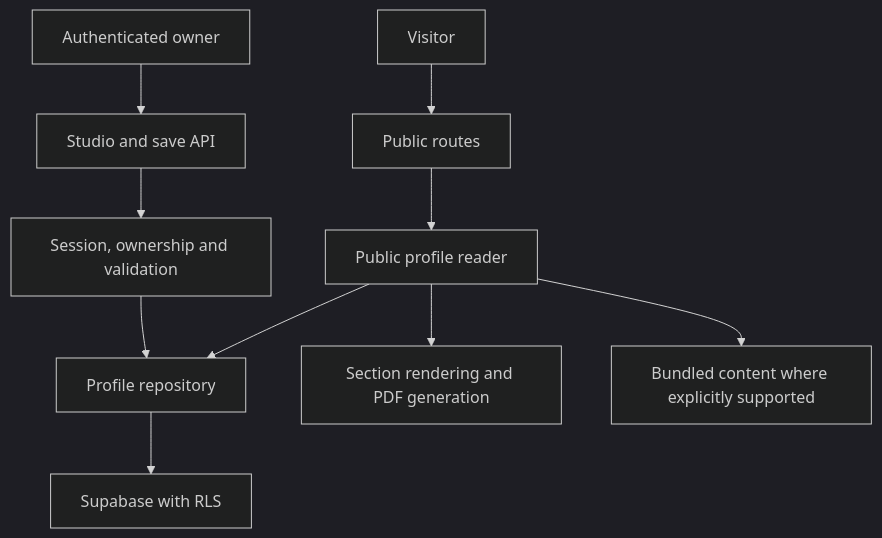
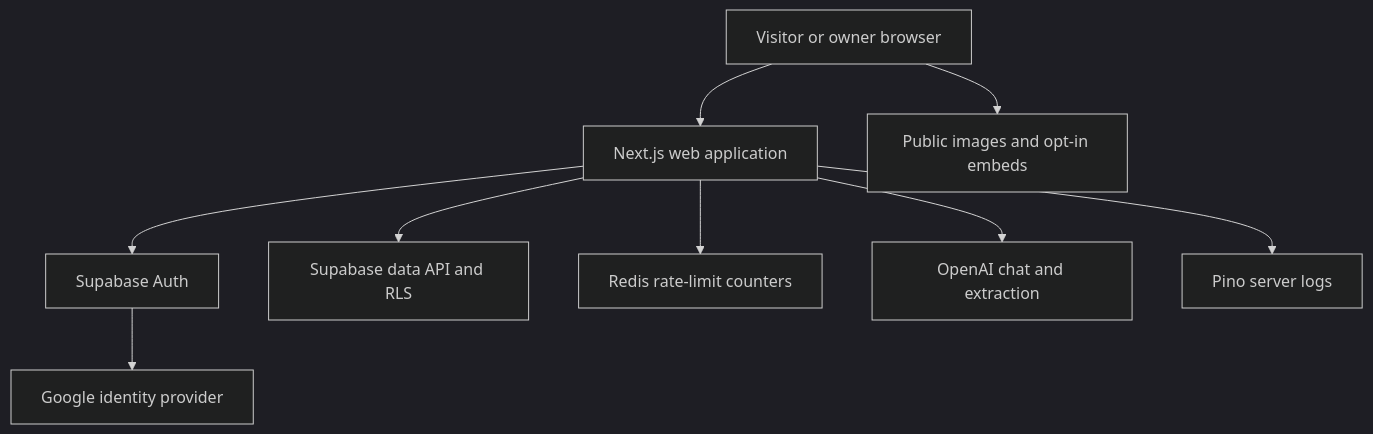
Before and after one commit to yusufyilmz/devhub-showcase: the first of 6 diagrams in docs/architecture.md, drawn with Mermaid (dark theme). The commit also changed other lines of this file and 22 other files, not shown here.

Commit message:
docs: consolidate feature guides and diagram system flows

````diff
--- a/docs/architecture.md
+++ b/docs/architecture.md
@@ -25,12 +27,11 @@
 ```mermaid
 flowchart TD
-  Visitor["Visitor"] --> Public["Public routes"]
-  Owner["Authenticated owner"] --> Studio["Studio and save API"]
-  Public --> Read["Public profile reader"]
-  Studio --> Guard["Session, ownership and validation"]
-  Guard --> Repo["Profile repository"]
-  Read --> Repo
-  Repo --> DB["Supabase with RLS"]
-  Read --> Views["Section rendering and PDF generation"]
-  Read --> Fallback["Bundled content where explicitly supported"]
+  Browser["Visitor or owner browser"] --> Web["Next.js web application"]
+  Browser --> Media["Public images and opt-in embeds"]
+  Web --> Auth["Supabase Auth"]
+  Auth --> Google["Google identity provider"]
+  Web --> Data["Supabase data API and RLS"]
+  Web --> Redis["Redis rate-limit counters"]
+  Web --> AI["OpenAI chat and extraction"]
+  Web --> Logs["Pino server logs"]
 ```
````
